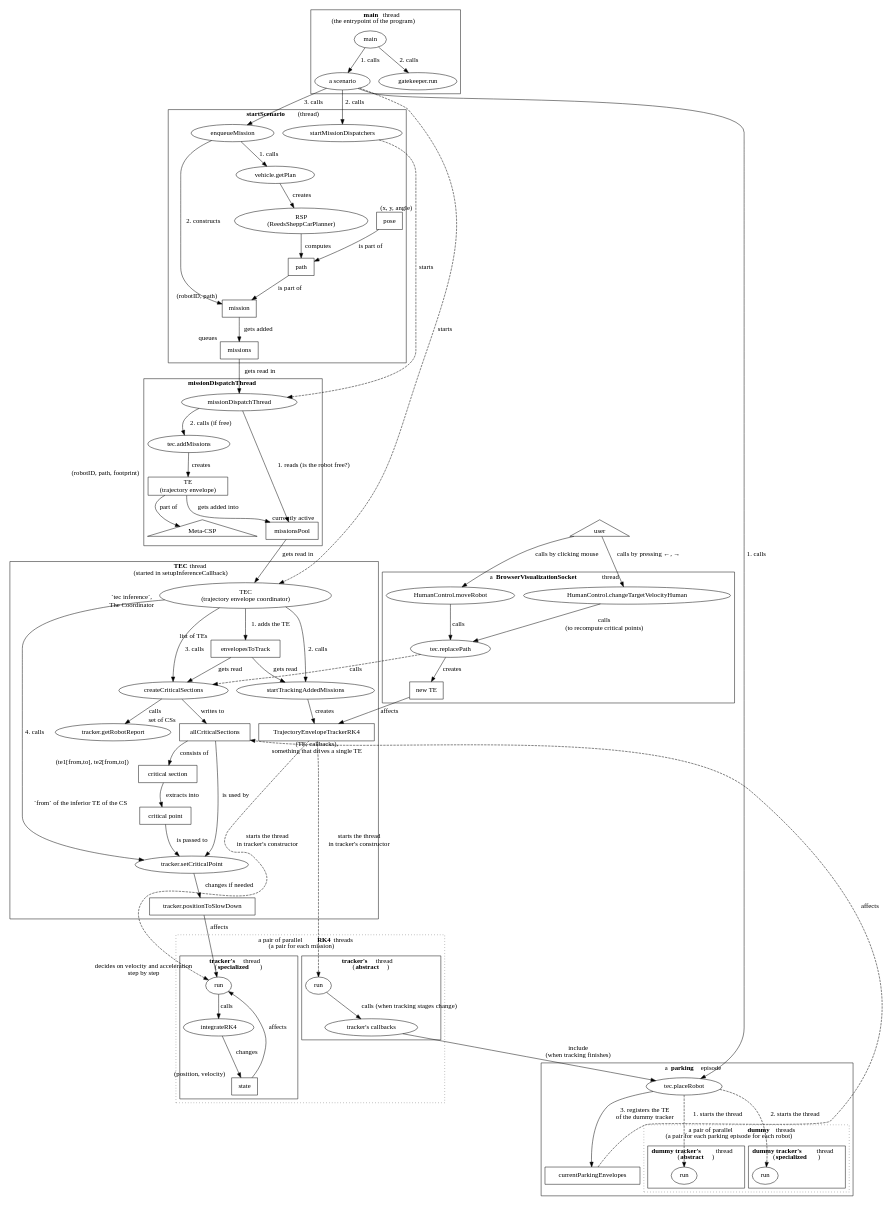
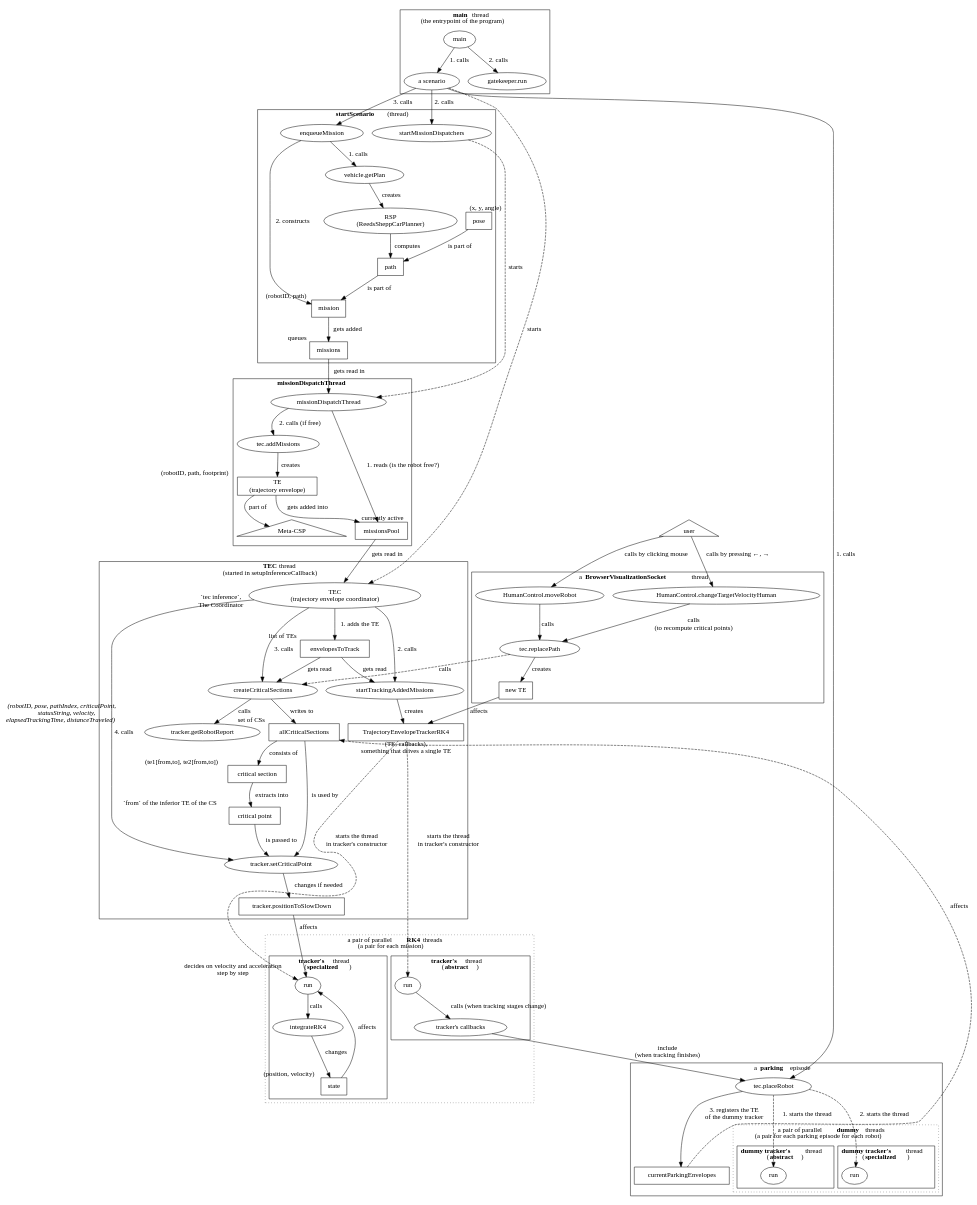
One commit to Olga-Mironenko/coordination_oru changed the diagram in notes/project-structure.dot. Above: the diagram before and after it, drawn with Graphviz. The commit also changed 1 other file, not shown here.

Commit message:
project-structure.dot: described robot report

```diff
--- a/notes/project-structure.dot
+++ b/notes/project-structure.dot
@@ -1,180 +1,182 @@
 digraph {
     // Data:
     missions [shape=rect, xlabel="queues"]
     mission [shape=rect, xlabel="(robotID, path)"]
     missionsPool [shape=rect, xlabel="currently active"]
     path [shape=rect]
     pose [shape=rect, xlabel="(x, y, angle)"]
     envelopesToTrack [shape=rect, xlabel="list of TEs"]
     TE [shape=rect, label="TE\n(trajectory envelope)", xlabel="(robotID, path, footprint)"]
     "new TE" [shape=rect]
     "Meta-CSP" [shape=triangle]
     user [shape=triangle]
     TEC [label="TEC\n(trajectory envelope coordinator)", xlabel="`tec inference`,\nThe Coordinator"]
     allCriticalSections [shape=rect, xlabel="set of CSs"]
     "critical section" [shape=rect, xlabel="(te1[from,to], te2[from,to])"]
     "critical point" [shape=rect, xlabel="`from` of the inferior TE of the CS"]
     TrajectoryEnvelopeTrackerRK4 [shape=rect, xlabel="(TE, callbacks),\nsomething that drives a single TE"]
     "tracker.run" [xlabel="decides on velocity and acceleration\nstep by step"]
     state [shape=rect, xlabel="(position, velocity)"]
     "tracker.positionToSlowDown" [shape=rect]
     currentParkingEnvelopes [shape=rect]
     RSP [label="RSP\n(ReedsSheppCarPlanner)"]
 
     subgraph cluster_main {
         label=<<b>main</b> thread<br/>(the entrypoint of the program)>
 
         "main" -> "a scenario" [label="1. calls"]
         "main" -> "gatekeeper.run" [label="2. calls"]
     }
 
     subgraph cluster_startScenario {
         label=<<b>startScenario</b> (thread)>
 
         "a scenario" -> startMissionDispatchers [label="2. calls"]
         "a scenario" -> enqueueMission [label="3. calls"]
         enqueueMission -> "vehicle.getPlan" [label="1. calls"]
         "vehicle.getPlan" -> RSP [label="creates"]
         RSP -> path [label="computes"]
         path -> mission [label="is part of"]
         pose -> path [label="is part of"]
         enqueueMission -> mission [label="2. constructs"]
         mission -> missions [label="gets added"]
     }
 
     subgraph cluster_missionDispatchThread {
         label=<<b>missionDispatchThread</b>>
 
         missions -> missionDispatchThread [label="gets read in"]
         startMissionDispatchers -> missionDispatchThread [label="starts", style=dashed]
         missionDispatchThread -> "missionsPool" [label="1. reads (is the robot free?)"]
         missionDispatchThread -> "tec.addMissions" [label="2. calls (if free)"]
         "tec.addMissions" -> TE [label="creates"]
         TE -> missionsPool [label="gets added into"]
         TE -> "Meta-CSP" [label="part of"]
     }
 
     subgraph cluster_TEC {
         label=<<b>TEC</b> thread<br/>(started in setupInferenceCallback)>
+
+        "tracker.getRobotReport" [xlabel=<<i>(robotID, pose, pathIndex, criticalPoint,<br/>statusString, velocity,<br/>elapsedTrackingTime, distanceTraveled)</i>>]
 
         "a scenario" -> TEC [label="starts", constraint=false, style=dashed]
         missionsPool -> TEC [label="gets read in"]
         TEC -> envelopesToTrack [label="1. adds the TE"]
         TEC -> startTrackingAddedMissions [label="2. calls"]
         TEC -> createCriticalSections [label="3. calls"]
         TEC -> "tracker.setCriticalPoint" [label="4. calls"]
         envelopesToTrack -> createCriticalSections [label="gets read"]
         envelopesToTrack -> startTrackingAddedMissions [label="gets read"]
 
         createCriticalSections -> allCriticalSections [label="writes to"]
         startTrackingAddedMissions -> TrajectoryEnvelopeTrackerRK4 [label="creates"]
 
         createCriticalSections -> "tracker.getRobotReport" [label="calls"]
         allCriticalSections -> "tracker.setCriticalPoint" [label="is used by"]
         allCriticalSections -> "critical section" [label="consists of"]
         "critical section" -> "critical point" [label="extracts into"]
         "critical point" -> "tracker.setCriticalPoint" [label="is passed to"]
         "tracker.setCriticalPoint" -> "tracker.positionToSlowDown" [label="changes if needed"]
     }
 
     subgraph cluster_tracker_threads {
         label=<a pair of parallel <b>RK4</b> threads<br/>(a pair for each mission)>
         graph [style=dotted]
 
         subgraph cluster_tracker_RK4 {
             label=<<b>tracker's</b> thread<br/>(<b>specialized</b>)>
             graph [style=solid]
 
             "tracker.run" [label="run"]
             TrajectoryEnvelopeTrackerRK4 -> "tracker.run" [label="starts the thread\nin tracker's constructor", constraint=false, style=dashed]
             state -> "tracker.run" [label="affects"]
             "tracker.positionToSlowDown" -> "tracker.run" [label="affects"]
             "tracker.run" -> integrateRK4 [label="calls"]
             integrateRK4 -> state [label="changes"]
         }
 
         subgraph cluster_tracker_abstract {
         label=<<b>tracker's</b> thread<br/>(<b>abstract</b>)>
             graph [style=solid]
 
             "(abstract) tracker.run" [label="run"]
             TrajectoryEnvelopeTrackerRK4 -> "(abstract) tracker.run" [label="starts the thread\nin tracker's constructor", style=dashed]
             "(abstract) tracker.run" -> "tracker's callbacks" [label="calls (when tracking stages change)"]
         }
     }
 
     subgraph cluster_parking {
         label=<a <b>parking</b> episode>
 
         "a scenario" -> "tec.placeRobot" [label="1. calls"]
         "tracker's callbacks" -> "tec.placeRobot" [label="include\n(when tracking finishes)"]
 
         "tec.placeRobot" -> "(dummy, abstract) tracker.run" [label="1. starts the thread", style=dashed]
         "tec.placeRobot" -> "(dummy) tracker.run" [label="2. starts the thread", style=dashed]
 
         "tec.placeRobot" -> currentParkingEnvelopes [label="3. registers the TE\nof the dummy tracker"]
         currentParkingEnvelopes -> allCriticalSections [label="affects", constraint=false, style=dashed]
 
         subgraph cluster_tracker_dummy_threads {
             label=<a pair of parallel <b>dummy</b> threads<br/>(a pair for each parking episode for each robot)>
             graph [style=dotted]
 
             subgraph cluster_tracker_dummy_RK4 {
                 label=<<b>dummy tracker's</b> thread<br/>(<b>specialized</b>)>
                 graph [style=solid]
 
                 "(dummy) tracker.run" [label="run"]
             }
 
             subgraph cluster_tracker_dummy_abstract {
                 label=<<b>dummy tracker's</b> thread<br/>(<b>abstract</b>)>
                 graph [style=solid]
 
                 "(dummy, abstract) tracker.run" [label="run"]
             }
         }
     }
 
     user -> "HumanControl.moveRobot" [label="calls by clicking mouse"]
     user -> "HumanControl.changeTargetVelocityHuman" [label="calls by pressing ←, →"]
 
     subgraph cluster_visualization {
         label=<a <b>BrowserVisualizationSocket</b> thread>
 
         "HumanControl.moveRobot" -> "tec.replacePath" [label="calls"]
         "HumanControl.changeTargetVelocityHuman"  -> "tec.replacePath" [label="calls\n(to recompute critical points)"]
         "tec.replacePath" -> "new TE" [label="creates"]
         "tec.replacePath" -> createCriticalSections [label="calls", constraint=false, style=dashed]
         "new TE" -> TrajectoryEnvelopeTrackerRK4 [label="affects"]
     }
 }
 
 /*
 gates = {LinkedBlockingQueue@4190}    size = 12
 
 Common:
 7 = {Gate@4201} "Gate[missionDispatchThread's sleep(500)]" -- передаёт миссии от сценария координатору
 5 = {Gate@4199} "Gate[TrajectoryEnvelopeCoordinator inference's sleep(500)]" -- координатор
 6 = {Gate@4200} "Gate[Visualization update thread's sleep(30)]" -- визуализация (передача данных в браузер)
 8 = {Gate@4202} "Gate[forcing thread's sleep(100)]" -- конкретно в GridTest
 
 Robot 0:
 4 = {Gate@4198} "Gate[Abstract tracker Robot0's sleep(100)]" -- отслеживание этапов
 3 = {Gate@4197} "Gate[RK4 tracker Robot0's sleep(100)]" -- собственно изменение этапов
     or Gate[Parking tracker Robot0's initial] -- Dummy
 
 Robot 1:
 2 = {Gate@4196} "Gate[Abstract tracker Robot1's sleep(100)]"
 1 = {Gate@4195} "Gate[RK4 tracker Robot1's sleep(100)]"
 
 Robot 2:
 0 = {Gate@4194} "Gate[Abstract tracker Robot2's sleep(100)]"
 11 = {Gate@4205} "Gate[RK4 tracker Robot2's sleep(100)]"
 
 Robot 3:
 10 = {Gate@4204} "Gate[Abstract tracker Robot3's sleep(100)]"
 9 = {Gate@4203} "Gate[RK4 tracker Robot3's sleep(100)]"
 
 
 RobotReport(te.getRobotID(), pose, currentPathIndex, state.getVelocity(), state.getPosition(), this.criticalPoint);
 */
```
